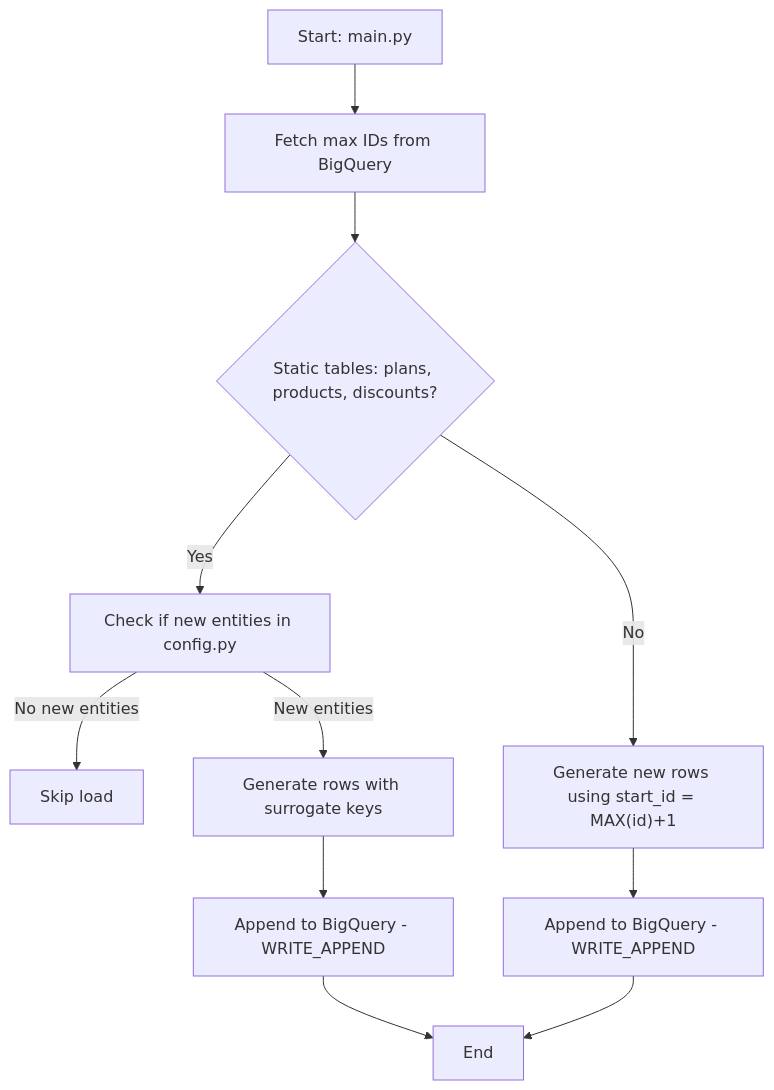
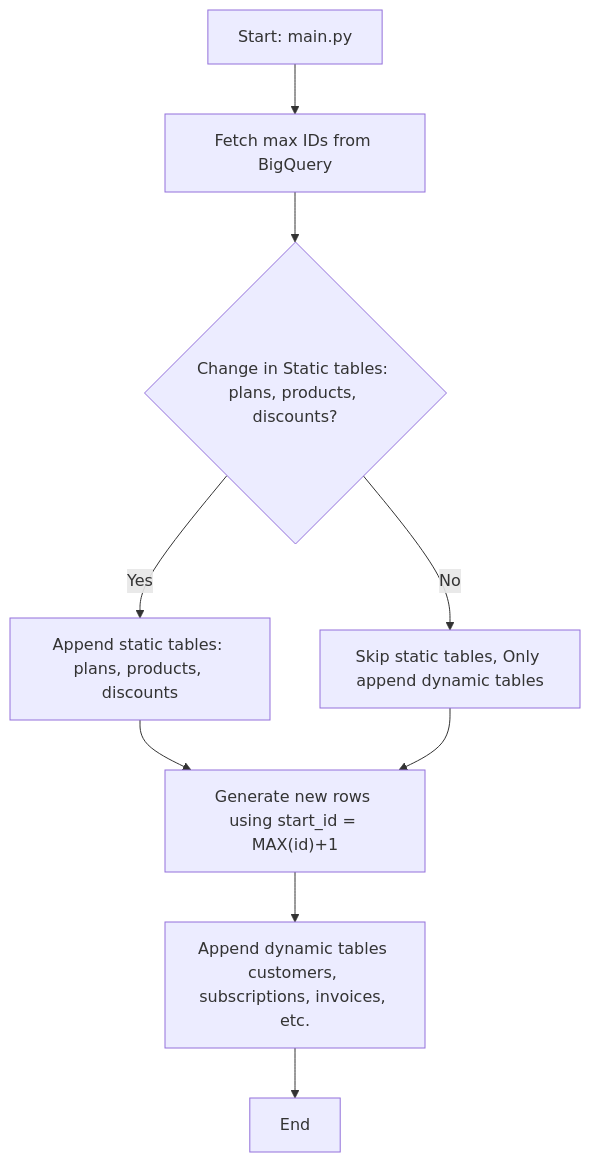
Before and after one commit to jugal-chauhan04/DataFlowIQ: the diagram in load/readme.md, drawn with Mermaid. The commit also changed other lines of this file, not shown here.

Commit message:
Created Readme for load operations

````diff
--- a/load/readme.md
+++ b/load/readme.md
@@ -118,17 +120,16 @@
 ```mermaid
 flowchart TD
     A[Start: main.py] --> B[Fetch max IDs from BigQuery]
 
-    %% Static tables branch
-    B --> C{"Static tables: plans, products, discounts?"}
-    C -->|Yes| D["Check if new entities in config.py"]
-    D -->|No new entities| E["Skip load"]
-    D -->|New entities| F["Generate rows with surrogate keys"]
-    F --> G["Append to BigQuery - WRITE_APPEND"]
+    %% Branch for static table changes
+    B --> C{"Change in Static tables: plans, products, discounts?"}
+    C -->|Yes| D["Append static tables: plans, products, discounts"]
+    C -->|No| E["Skip static tables, Only append dynamic tables"]
 
-    %% Dynamic tables branch
-    C -->|No| H["Generate new rows using start_id = MAX(id)+1"]
-    H --> I["Append to BigQuery - WRITE_APPEND"]
+    %% Both paths lead to dynamic
+    D --> F["Generate new rows using start_id = MAX(id)+1"]
+    E --> F
 
-    G & I --> J[End]
+    F --> G["Append dynamic tables customers, subscriptions, invoices, etc."]
+    G --> H[End]
 ```
````
